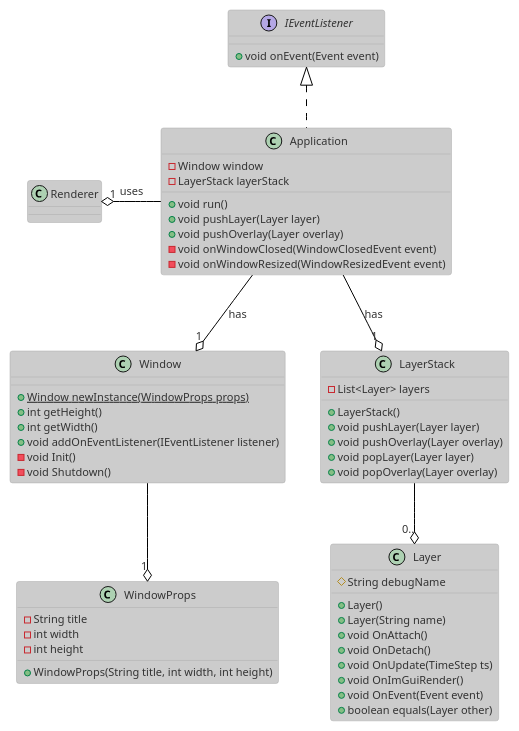
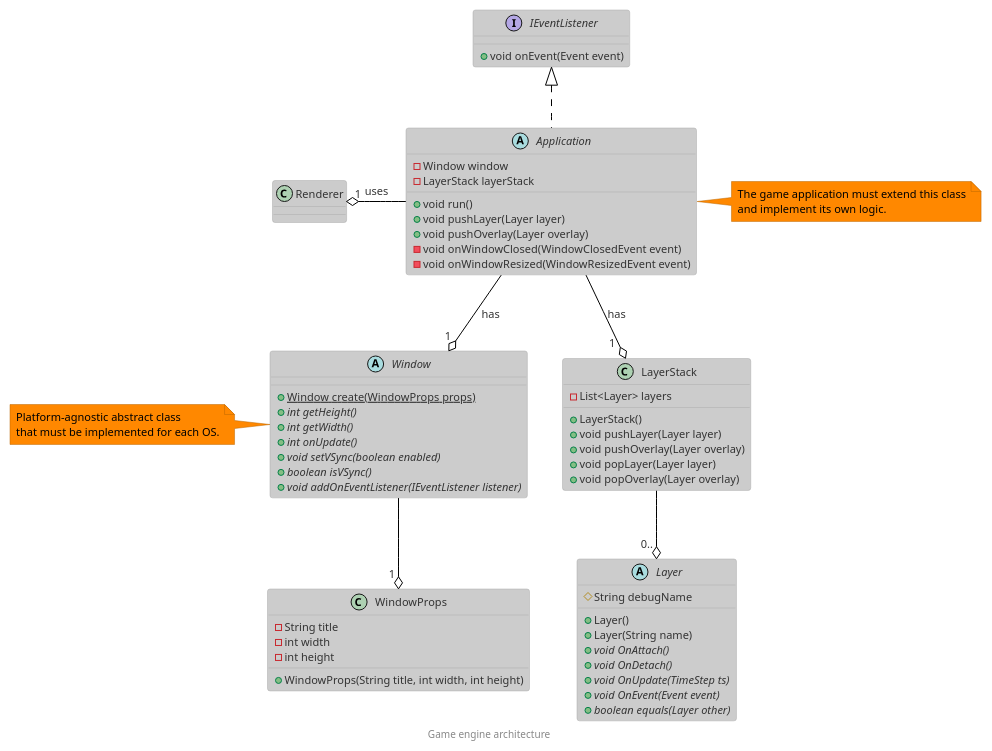
Before and after one commit to dani3/bit-of-sharp-practice: the diagram in docs/src/diagrams/architecture.puml, drawn with PlantUML. The commit also changed 18 other files, not shown here.

Commit message:
Updated diagrams

```diff
--- a/docs/src/diagrams/architecture.puml
+++ b/docs/src/diagrams/architecture.puml
@@ -1,66 +1,77 @@
 @startuml
 
 !theme reddress-lightorange
+footer Game engine architecture
 
 interface IEventListener {
     + void onEvent(Event event)
 }
 
 class Renderer {
 }
 
 class WindowProps {
     - String title
     - int width
     - int height
     + WindowProps(String title, int width, int height)
 }
 
-class Window {
-    {static} + Window newInstance(WindowProps props)
-    + int getHeight()
-    + int getWidth()
-    + void addOnEventListener(IEventListener listener)
-    - void Init()
-    - void Shutdown()
+abstract class Window {
+    {static} + Window create(WindowProps props)
+    {abstract} + int getHeight()
+    {abstract} + int getWidth()
+    {abstract} + int onUpdate()
+    {abstract} + void setVSync(boolean enabled)
+    {abstract} + boolean isVSync()
+    {abstract} + void addOnEventListener(IEventListener listener)
 }
+
+note left of Window
+    Platform-agnostic abstract class
+    that must be implemented for each OS.
+end note
 
 class LayerStack {
     - List<Layer> layers
     + LayerStack()
     + void pushLayer(Layer layer)
     + void pushOverlay(Layer overlay)
     + void popLayer(Layer layer)
     + void popOverlay(Layer overlay)
 }
 
-class Layer {
+abstract class Layer {
     # String debugName
     + Layer()
     + Layer(String name)
-    + void OnAttach()
-    + void OnDetach()
-    + void OnUpdate(TimeStep ts)
-    + void OnImGuiRender()
-    + void OnEvent(Event event)
-    + boolean equals(Layer other)
+    {abstract} + void OnAttach()
+    {abstract} + void OnDetach()
+    {abstract} + void OnUpdate(TimeStep ts)
+    {abstract} + void OnEvent(Event event)
+    {abstract} + boolean equals(Layer other)
 }
 
-class Application implements IEventListener {
+abstract class Application implements IEventListener {
     - Window window
     - LayerStack layerStack
     + void run()
     + void pushLayer(Layer layer)
     + void pushOverlay(Layer overlay)
     - void onWindowClosed(WindowClosedEvent event)
     - void onWindowResized(WindowResizedEvent event)
 }
 
-Application --o "1" Window : has
-Application --o "1" LayerStack : has
-Application -left-o "1" Renderer : uses
+note right of Application
+    The game application must extend this class
+    and implement its own logic.
+end note
 
-LayerStack --o "0.." Layer
-Window --o "1" WindowProps
+Application --o "1 " Window : has
+Application --o "1  " LayerStack : has
+Application -left-o "1 " Renderer : uses
+
+LayerStack --o "0.. " Layer
+Window --o "1 " WindowProps
 
 @enduml
```
